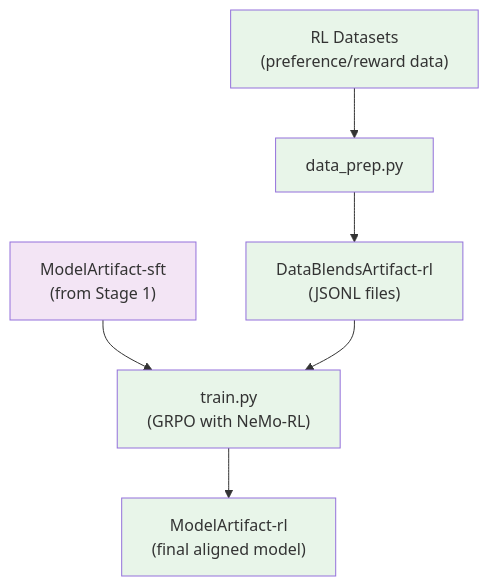
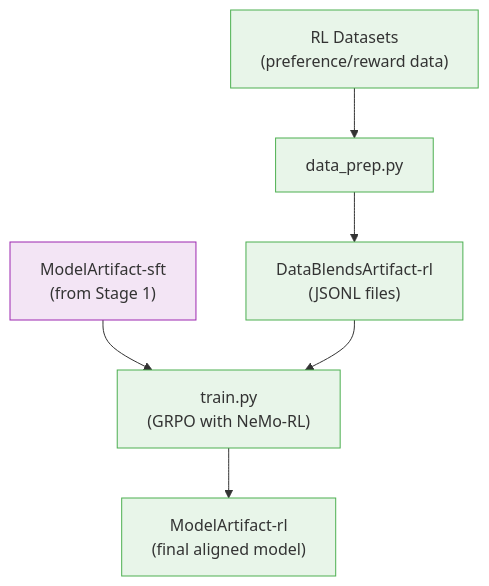
The diagram in docs/train/nano3/rl.md (NVIDIA-NeMo/Nemotron), drawn with Mermaid before and after one commit. The commit also changed other lines of this file and 40 other files, not shown here.

````diff
--- a/docs/train/nano3/rl.md
+++ b/docs/train/nano3/rl.md
@@ -417,15 +127,16 @@
 ```mermaid
+%%{init: {'theme': 'base', 'themeVariables': { 'primaryBorderColor': '#333333', 'lineColor': '#333333', 'primaryTextColor': '#333333'}}}%%
 flowchart TB
     prev["ModelArtifact-sft<br/>(from Stage 1)"] --> train
     rl["RL Datasets<br/>(preference/reward data)"] --> dp["data_prep.py"]
     dp --> data["DataBlendsArtifact-rl<br/>(JSONL files)"]
     data --> train["train.py<br/>(GRPO with NeMo-RL)"]
     train --> model["ModelArtifact-rl<br/>(final aligned model)"]
 
-    style prev fill:#f3e5f5
-    style rl fill:#e8f5e9
-    style dp fill:#e8f5e9
-    style data fill:#e8f5e9
-    style train fill:#e8f5e9
-    style model fill:#e8f5e9
+    style prev fill:#f3e5f5,stroke:#9c27b0
+    style rl fill:#e8f5e9,stroke:#4caf50
+    style dp fill:#e8f5e9,stroke:#4caf50
+    style data fill:#e8f5e9,stroke:#4caf50
+    style train fill:#e8f5e9,stroke:#4caf50
+    style model fill:#e8f5e9,stroke:#4caf50
 ```
````
